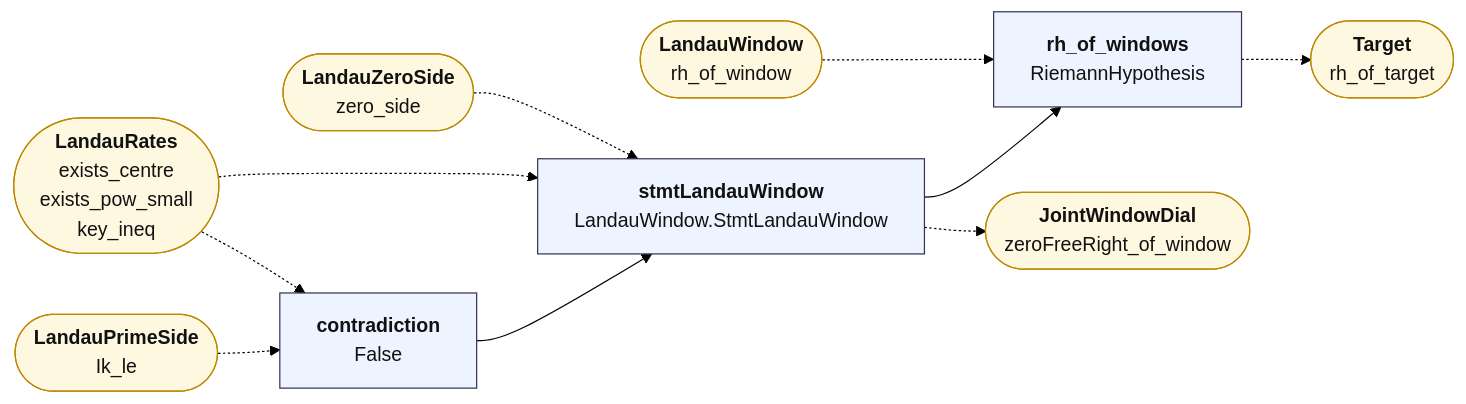
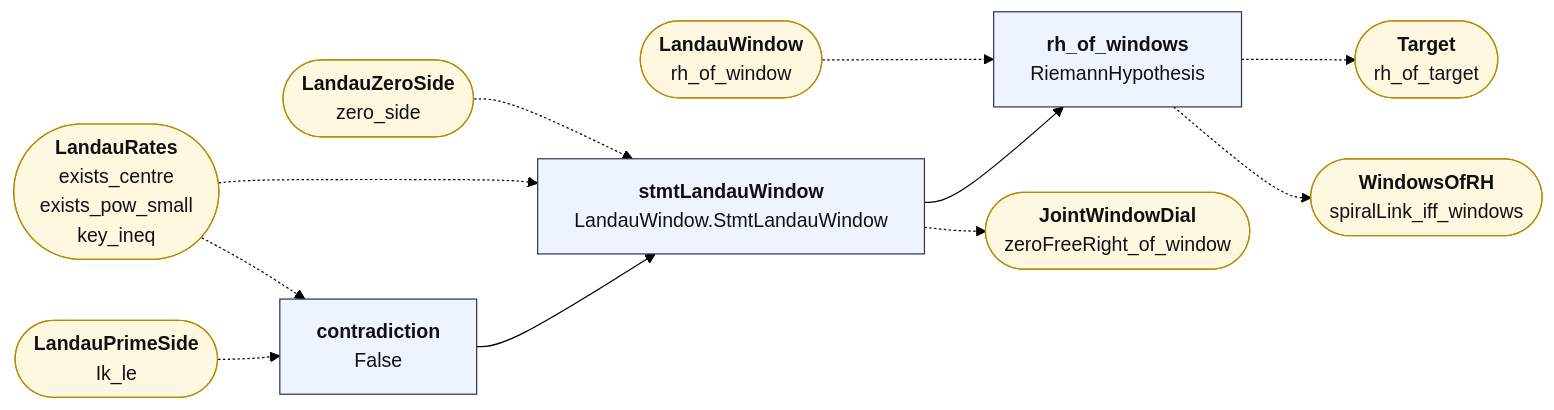
The diagram in map/lean_stage3/LandauCriterion.mmd (juliansambranojr/Primebeat_081426), drawn with Mermaid (forest theme) before and after one commit. The commit also changed 30 other files, not shown here.

```diff
--- a/map/lean_stage3/LandauCriterion.mmd
+++ b/map/lean_stage3/LandauCriterion.mmd
@@ -1,27 +1,29 @@
 flowchart LR
   n0["<b>contradiction</b><br/>False"]:::thm
   n1["<b>stmtLandauWindow</b><br/>LandauWindow.StmtLandauWindow"]:::thm
   n2["<b>rh_of_windows</b><br/>RiemannHypothesis"]:::thm
   x0(["<b>LandauPrimeSide</b><br/>Ik_le"]):::ext
   x1(["<b>LandauRates</b><br/>exists_centre<br/>exists_pow_small<br/>key_ineq"]):::ext
   x2(["<b>LandauZeroSide</b><br/>zero_side"]):::ext
   x3(["<b>JointWindowDial</b><br/>zeroFreeRight_of_window"]):::ext
   x4(["<b>LandauWindow</b><br/>rh_of_window"]):::ext
   x5(["<b>Target</b><br/>rh_of_target"]):::ext
+  x6(["<b>WindowsOfRH</b><br/>spiralLink_iff_windows"]):::ext
   n0 --> n1
   n1 --> n2
   n1 -.-> x3
   n2 -.-> x5
+  n2 -.-> x6
   x0 -.-> n0
   x1 -.-> n0
   x1 -.-> n1
   x2 -.-> n1
   x4 -.-> n2
   classDef cnt fill:#dff5ec,stroke:#17694a,color:#111
   classDef shp fill:#f1ecfb,stroke:#5b3fa0,color:#111
   classDef rh fill:#ffe5e5,stroke:#c22,color:#111,stroke-width:2px
   classDef thm fill:#eef4ff,stroke:#335,color:#111
   classDef end_ fill:#e7f7e7,stroke:#2a7,color:#111,stroke-width:2px
   classDef lone fill:#fff,stroke:#999,color:#111,stroke-dasharray:4 3
   classDef bad fill:#ffe5e5,stroke:#c22,color:#111,stroke-width:2px
   classDef ext fill:#fff8e1,stroke:#b80,color:#111
```
